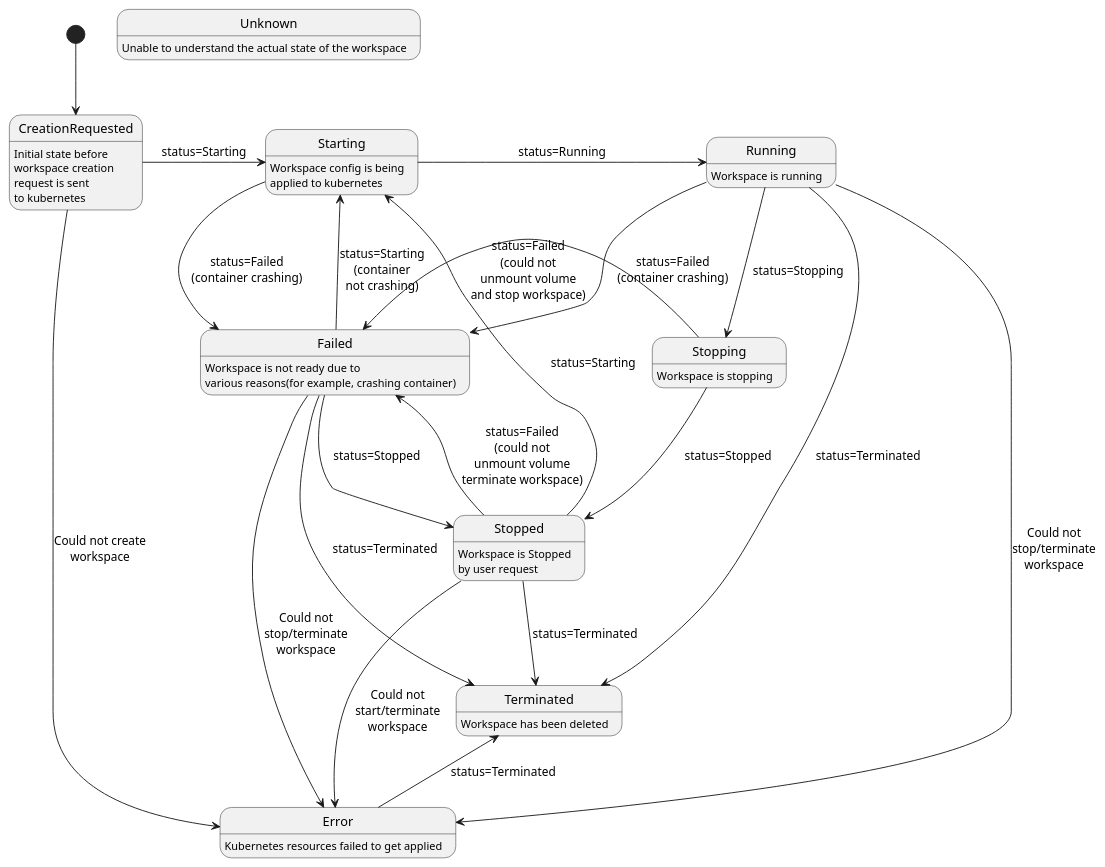
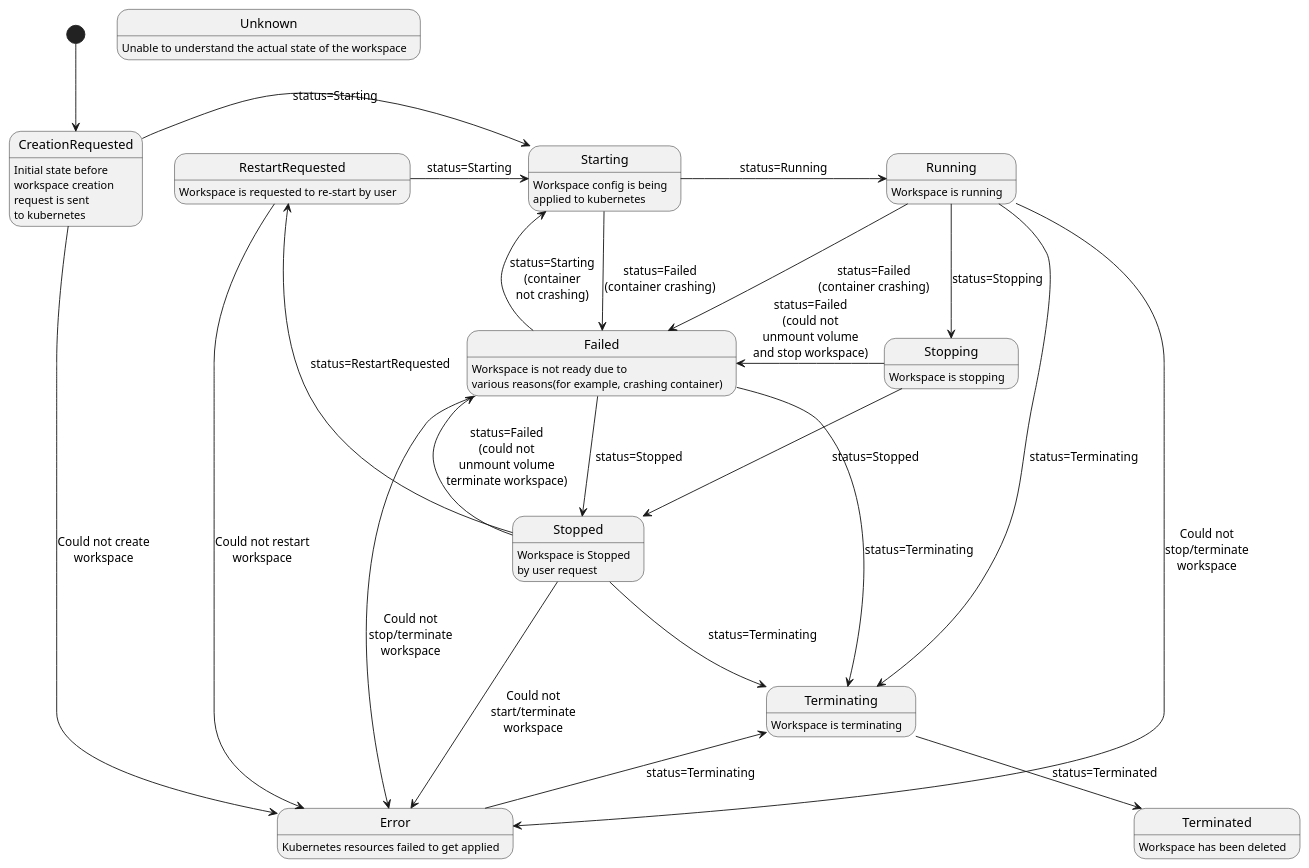
Before and after one commit to zalyoung/gitlab-handbook: the seventh of 8 diagrams in content/handbook/engineering/architecture/design-documents/workspaces/architecture_kubernetes_setup.md, drawn with PlantUML.

Commit message:
Update workspace state lifwcycle

````diff
--- a/content/handbook/engineering/architecture/design-documents/workspaces/architecture_kubernetes_setup.md
+++ b/content/handbook/engineering/architecture/design-documents/workspaces/architecture_kubernetes_setup.md
@@ -351,39 +351,46 @@
 ```plantuml
 [*] --> CreationRequested
 CreationRequested : Initial state before\nworkspace creation\nrequest is sent\nto kubernetes
 CreationRequested -right-> Starting : status=Starting
 CreationRequested -right-> Error : Could not create\nworkspace
 
 Starting : Workspace config is being\napplied to kubernetes
 Starting -right-> Running : status=Running
 Starting -down-> Failed : status=Failed\n(container crashing)
 
+RestartRequested : Workspace is requested to re-start by user
+RestartRequested -right-> Starting : status=Starting
+RestartRequested -right-> Error : Could not restart\nworkspace
+
 Running : Workspace is running
 Running -down-> Stopping : status=Stopping
 Running -down-> Failed : status=Failed\n(container crashing)
-Running -down-> Terminated : status=Terminated
+Running -down-> Terminating : status=Terminating
 Running -right-> Error : Could not\nstop/terminate\nworkspace
 
 Stopping : Workspace is stopping
 Stopping -down-> Stopped : status=Stopped
 Stopping -left-> Failed : status=Failed\n(could not\nunmount volume\nand stop workspace)
 
 Stopped : Workspace is Stopped\nby user request
 Stopped -left-> Failed : status=Failed\n(could not\nunmount volume\nterminate workspace)
 Stopped -right-> Error : Could not\nstart/terminate\nworkspace
-Stopped -down-> Terminated : status=Terminated
-Stopped -up-> Starting : status=Starting
+Stopped -down-> Terminating : status=Terminating
+Stopped -up-> RestartRequested : status=RestartRequested
+
+Terminating : Workspace is terminating
+Terminating -down-> Terminated : status=Terminated
 
 Terminated: Workspace has been deleted
 
 Failed: Workspace is not ready due to\nvarious reasons(for example, crashing container)
 Failed -up-> Starting : status=Starting\n(container\nnot crashing)
 Failed -right-> Stopped : status=Stopped
-Failed -down-> Terminated : status=Terminated
+Failed -down-> Terminating : status=Terminating
 Failed -down-> Error : Could not\nstop/terminate\nworkspace
 
 Error: Kubernetes resources failed to get applied
-Error -up-> Terminated : status=Terminated
+Error -up-> Terminating : status=Terminating
 
 Unknown: Unable to understand the actual state of the workspace
 ```
````
